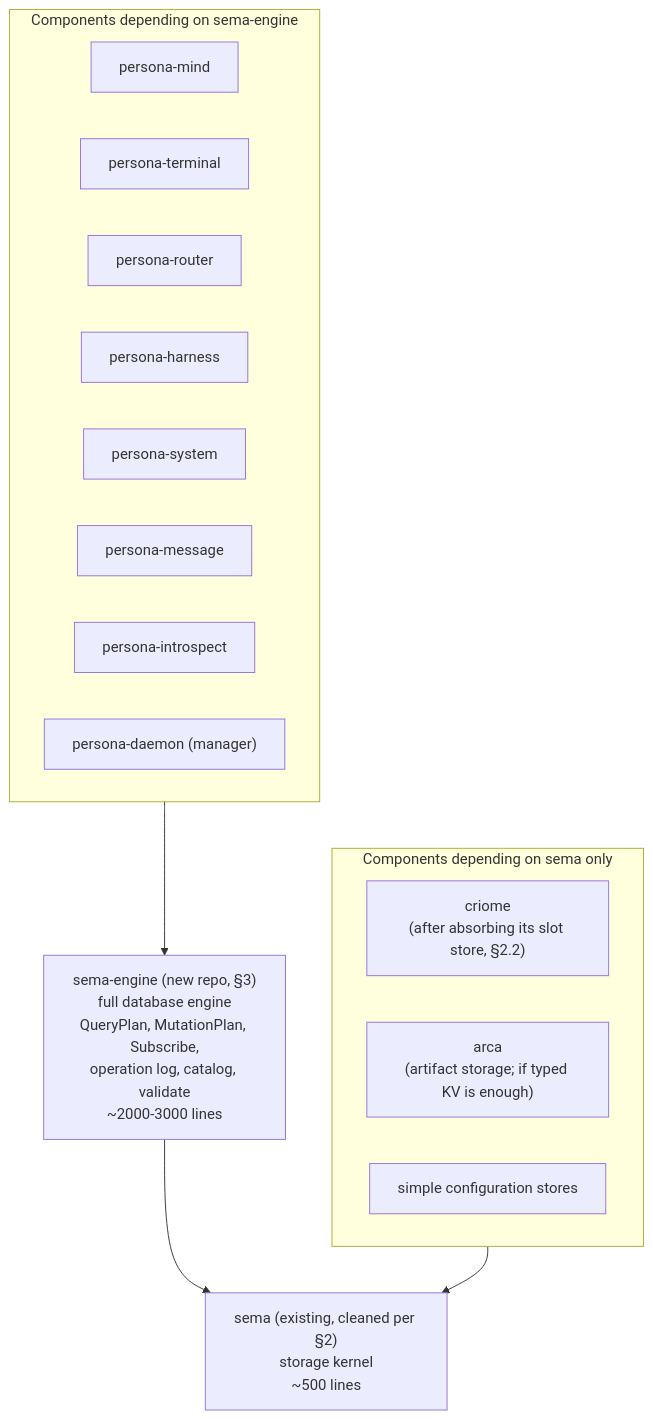
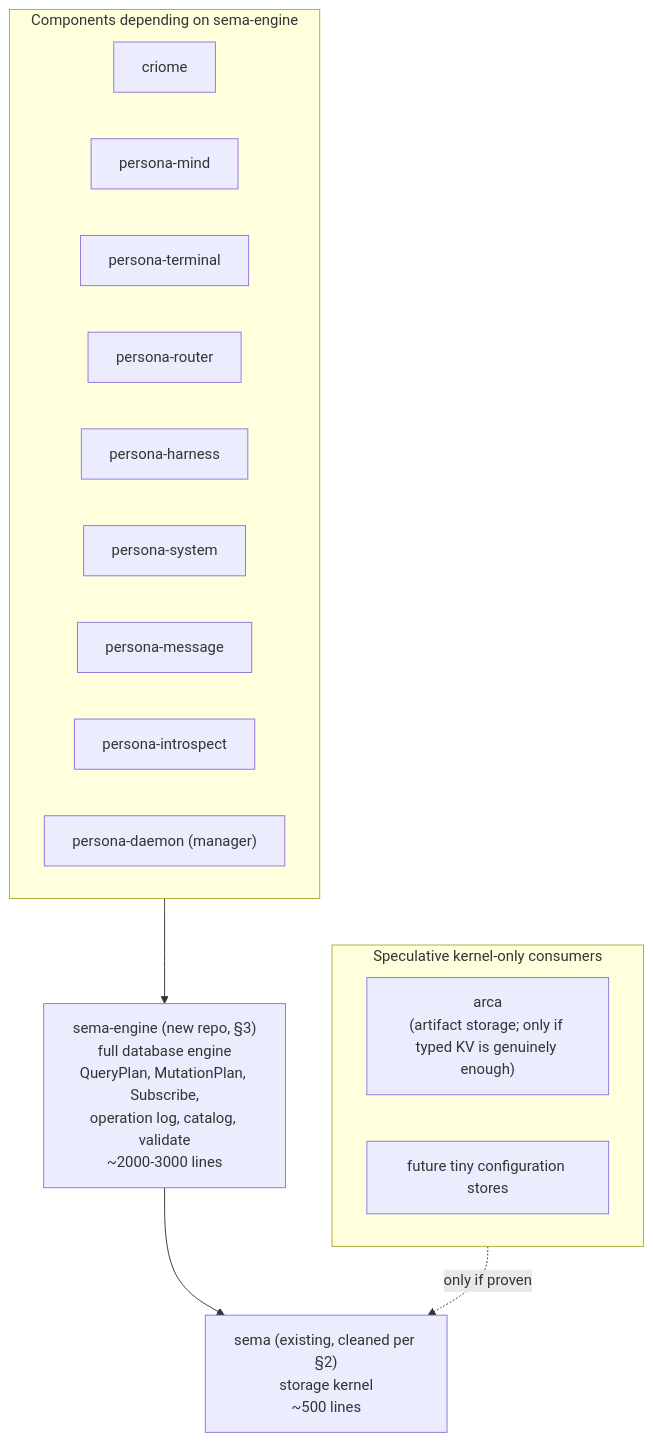
Before and after one commit to LiGoldragon/primary: the diagram in reports/designer/158-sema-kernel-and-sema-engine-two-interfaces.md, drawn with Mermaid. The commit also changed other lines of this file, not shown here.

Commit message:
designer: revise /158 — criome is engine consumer; fold DA /46 review findings

````diff
--- a/reports/designer/158-sema-kernel-and-sema-engine-two-interfaces.md
+++ b/reports/designer/158-sema-kernel-and-sema-engine-two-interfaces.md
@@ -54,26 +61,26 @@
 ```mermaid
 flowchart TD
     sema["sema (existing, cleaned per §2)<br/>storage kernel<br/>~500 lines"]
     engine["sema-engine (new repo, §3)<br/>full database engine<br/>QueryPlan, MutationPlan, Subscribe,<br/>operation log, catalog, validate<br/>~2000-3000 lines"]
 
-    subgraph kernel_only["Components depending on sema only"]
-        criome["criome<br/>(after absorbing its slot store, §2.2)"]
-        arca["arca<br/>(artifact storage; if typed KV is enough)"]
-        cfg["simple configuration stores"]
+    subgraph speculative_kernel_only["Speculative kernel-only consumers"]
+        arca["arca<br/>(artifact storage; only if typed KV is genuinely enough)"]
+        cfg["future tiny configuration stores"]
     end
 
     subgraph engine_users["Components depending on sema-engine"]
+        criome["criome"]
         mind["persona-mind"]
         terminal["persona-terminal"]
         router["persona-router"]
         harness["persona-harness"]
         system["persona-system"]
         message["persona-message"]
         introspect["persona-introspect"]
         manager["persona-daemon (manager)"]
     end
 
     engine --> sema
-    kernel_only --> sema
+    speculative_kernel_only -. only if proven .-> sema
     engine_users --> engine
 ```
````
